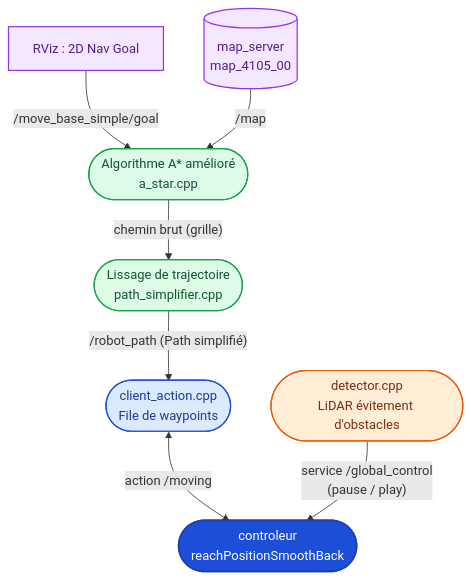
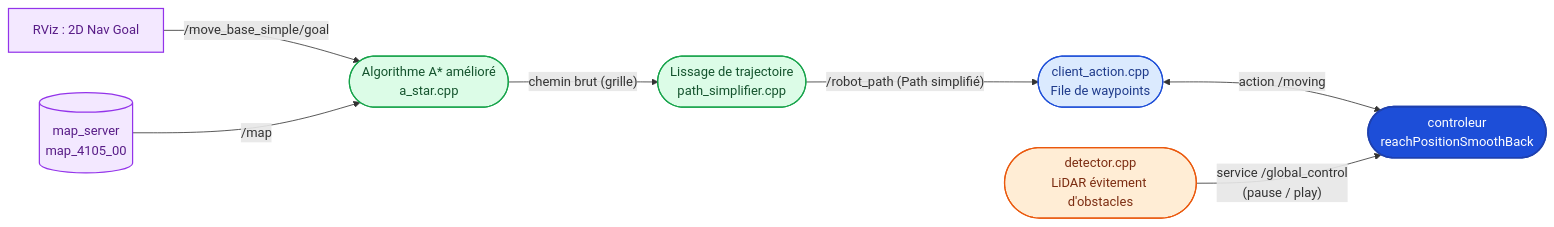
Diagram 18 of 18 in robotique_et_navigation/Rapport/Rapport.md (benoitdekeyn/E4SE_TD_TP), drawn with Mermaid before and after one commit. The commit also changed other lines of this file and 2 other files, not shown here.

Commit message:
adaptation des tailles des mermaids + retrait gras et separateurs inutiles

````diff
--- a/robotique_et_navigation/Rapport/Rapport.md
+++ b/robotique_et_navigation/Rapport/Rapport.md
@@ -1444,25 +1474,29 @@
 ```mermaid
-flowchart TB
+---
+config:
+  layout: dagre
+---
+flowchart LR
     RVIZ["`RViz : 2D Nav Goal`"]
     MAP[("`map_server<br/>map_4105_00`")]
     ASTAR(["`Algorithme A* amélioré<br/>a_star.cpp`"])
     SIMP(["`Lissage de trajectoire<br/>path_simplifier.cpp`"])
     CACT(["`client_action.cpp<br/>File de waypoints`"])
     CTRL(["`controleur<br/>reachPositionSmoothBack`"])
     DET(["`detector.cpp<br/>LiDAR évitement d'obstacles`"])
 
     RVIZ -->|"/move_base_simple/goal"| ASTAR
     MAP -->|"/map"| ASTAR
     ASTAR -->|"chemin brut (grille)"| SIMP
     SIMP -->|"/robot_path (Path simplifié)"| CACT
     CACT <-->|"action /moving"| CTRL
     DET -->|"service /global_control<br/>(pause / play)"| CTRL
 
     style RVIZ fill:#f3e8ff,stroke:#9333ea,stroke-width:1.5px,color:#581c87
     style MAP fill:#f3e8ff,stroke:#9333ea,stroke-width:1.5px,color:#581c87
     style ASTAR fill:#dcfce7,stroke:#16a34a,stroke-width:1.5px,color:#14532d
     style SIMP fill:#dcfce7,stroke:#16a34a,stroke-width:1.5px,color:#14532d
     style CACT fill:#dbeafe,stroke:#1d4ed8,stroke-width:1.5px,color:#1e3a8a
     style CTRL fill:#1d4ed8,stroke:#1e40af,stroke-width:2px,color:#ffffff
     style DET fill:#ffedd5,stroke:#ea580c,stroke-width:1.5px,color:#7c2d12
 ```
````
